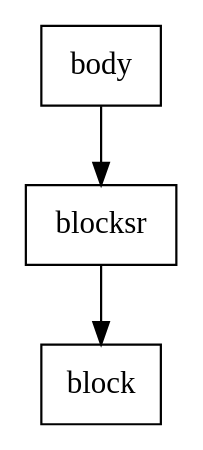
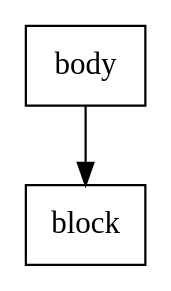
One commit to mike-holcomb/GGGFC changed the diagram in gggfc/grammar_files/body_a.dot. Above: the diagram before and after it, drawn with Graphviz. The commit also changed 12 other files, not shown here.

```diff
--- a/gggfc/grammar_files/body_a.dot
+++ b/gggfc/grammar_files/body_a.dot
@@ -1,12 +1,11 @@
 digraph body_a {
     body [op_type="body",
           shape = box,
              input=yes ];
-    blocksr [op_type="blocksr",
-          shape=box];
+             
     block [op_type="block",
            shape=box, 
            output=yes];
 
-    body -> blocksr -> block;
+    body -> block;
 }
```
